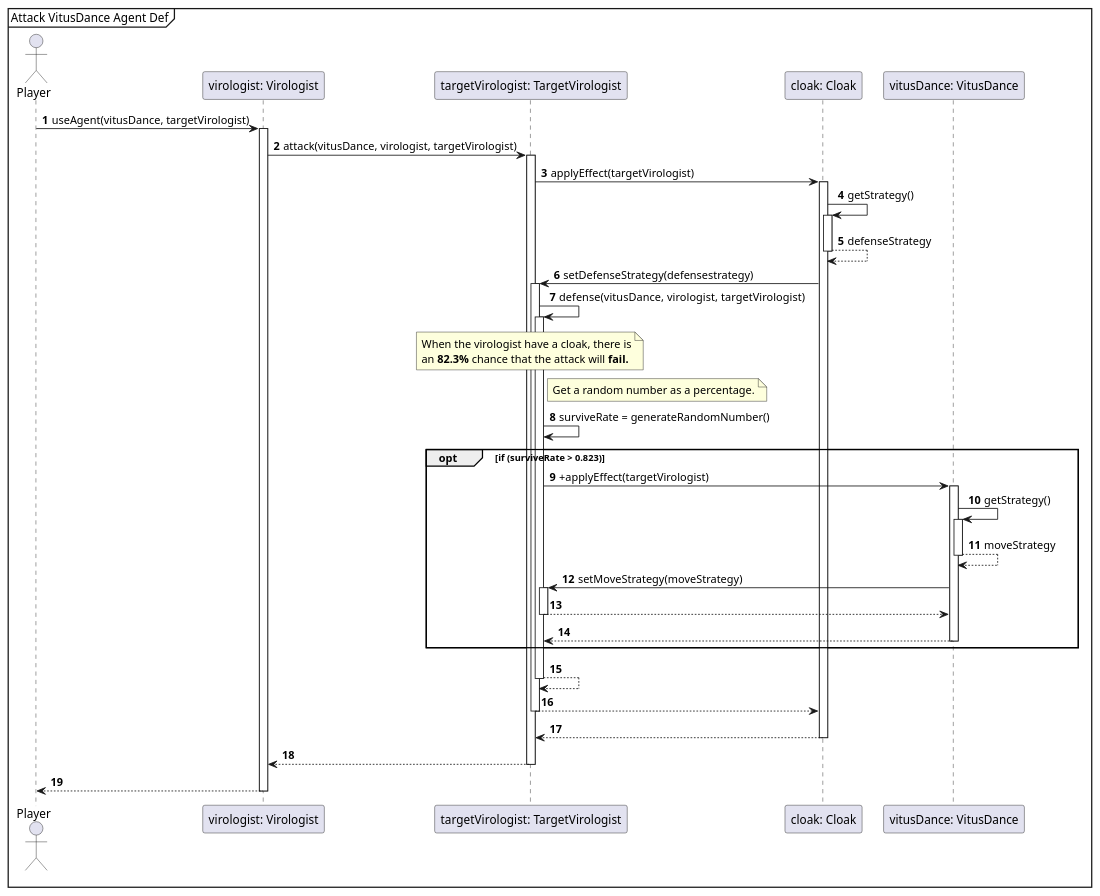
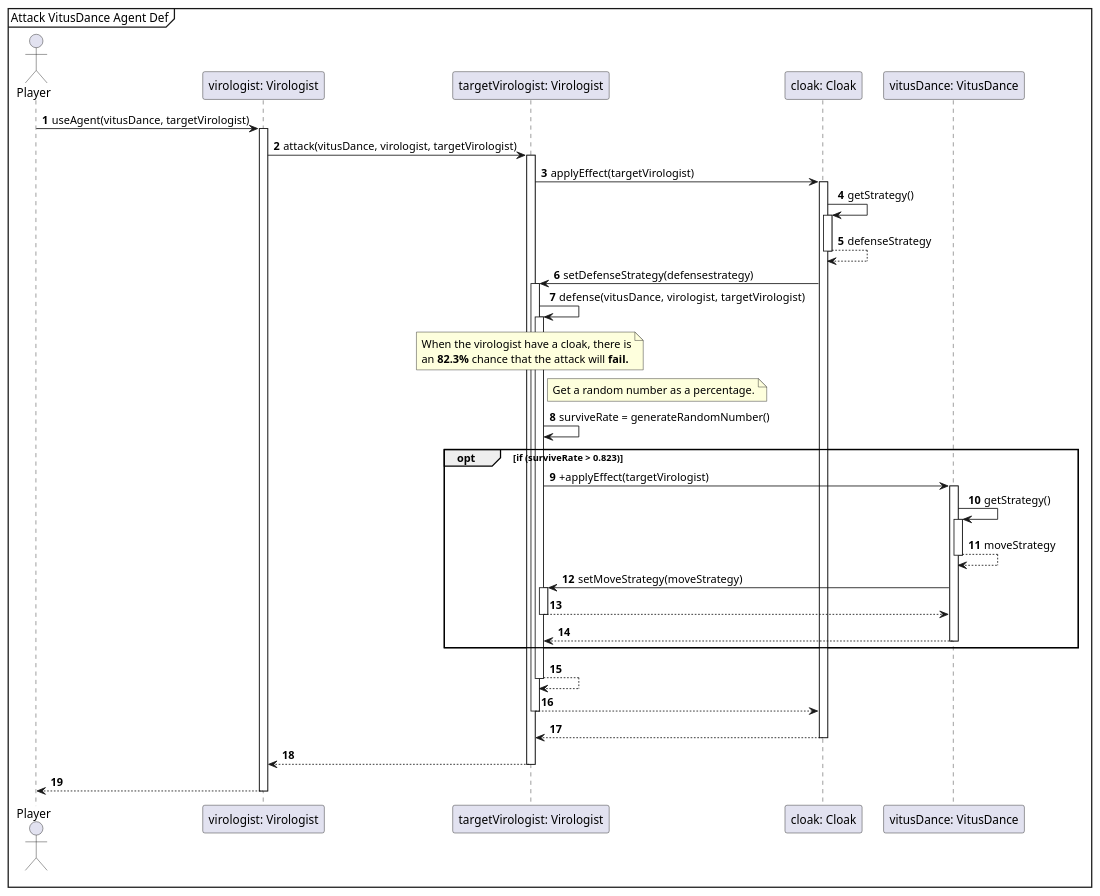
Before and after one commit to Projlab-csb/projlab-virologus: the diagram in Exact Sequence-diagrams/AttackVitusAgentDEF.puml, drawn with PlantUML. The commit also changed 20 other files, not shown here.

Commit message:
Little changes in sequences

```diff
--- a/Exact Sequence-diagrams/AttackVitusAgentDEF.puml
+++ b/Exact Sequence-diagrams/AttackVitusAgentDEF.puml
@@ -1,54 +1,54 @@
 @startuml
 'https://plantuml.com/sequence-diagram
 
 autonumber
 
 mainframe Attack VitusDance Agent Def
 
 actor Player
 
 Player -> "virologist: Virologist"++: useAgent(vitusDance, targetVirologist)
-"virologist: Virologist" -> "targetVirologist: TargetVirologist"++: attack(vitusDance, virologist, targetVirologist)
-"targetVirologist: TargetVirologist" -> "cloak: Cloak"++ : applyEffect(targetVirologist)
+"virologist: Virologist" -> "targetVirologist: Virologist"++: attack(vitusDance, virologist, targetVirologist)
+"targetVirologist: Virologist" -> "cloak: Cloak"++ : applyEffect(targetVirologist)
 
 "cloak: Cloak" -> "cloak: Cloak"++ : getStrategy()
 "cloak: Cloak" --> "cloak: Cloak"-- : defenseStrategy
 
-"cloak: Cloak" -> "targetVirologist: TargetVirologist"++: setDefenseStrategy(defensestrategy)
+"cloak: Cloak" -> "targetVirologist: Virologist"++: setDefenseStrategy(defensestrategy)
 
-"targetVirologist: TargetVirologist" -> "targetVirologist: TargetVirologist"++: defense(vitusDance, virologist,  targetVirologist)
+"targetVirologist: Virologist" -> "targetVirologist: Virologist"++: defense(vitusDance, virologist,  targetVirologist)
 
 
 
-note over "targetVirologist: TargetVirologist"
+note over "targetVirologist: Virologist"
     When the virologist have a cloak, there is
     an **82.3%** chance that the attack will **fail.**
 end note
 
-note right of "targetVirologist: TargetVirologist"
+note right of "targetVirologist: Virologist"
 Get a random number as a percentage.
 end note
 
-"targetVirologist: TargetVirologist" -> "targetVirologist: TargetVirologist": surviveRate = generateRandomNumber()
+"targetVirologist: Virologist" -> "targetVirologist: Virologist": surviveRate = generateRandomNumber()
 
 opt if (surviveRate > 0.823)
-    "targetVirologist: TargetVirologist" -> "vitusDance: VitusDance"++: +applyEffect(targetVirologist)
+    "targetVirologist: Virologist" -> "vitusDance: VitusDance"++: +applyEffect(targetVirologist)
 
        "vitusDance: VitusDance" -> "vitusDance: VitusDance"++ : getStrategy()
        "vitusDance: VitusDance" --> "vitusDance: VitusDance"-- : moveStrategy
 
-       "vitusDance: VitusDance" -> "targetVirologist: TargetVirologist"++: setMoveStrategy(moveStrategy)
-       "targetVirologist: TargetVirologist" --> "vitusDance: VitusDance"--
-       "vitusDance: VitusDance" --> "targetVirologist: TargetVirologist"--
+       "vitusDance: VitusDance" -> "targetVirologist: Virologist"++: setMoveStrategy(moveStrategy)
+       "targetVirologist: Virologist" --> "vitusDance: VitusDance"--
+       "vitusDance: VitusDance" --> "targetVirologist: Virologist"--
 end opt
 
-"targetVirologist: TargetVirologist" --> "targetVirologist: TargetVirologist" --
+"targetVirologist: Virologist" --> "targetVirologist: Virologist" --
 
-"targetVirologist: TargetVirologist" --> "cloak: Cloak" --
-"cloak: Cloak" --> "targetVirologist: TargetVirologist" --
+"targetVirologist: Virologist" --> "cloak: Cloak" --
+"cloak: Cloak" --> "targetVirologist: Virologist" --
 
 
-"targetVirologist: TargetVirologist" --> "virologist: Virologist" --
+"targetVirologist: Virologist" --> "virologist: Virologist" --
 
 "virologist: Virologist" --> Player --
 @enduml
```
